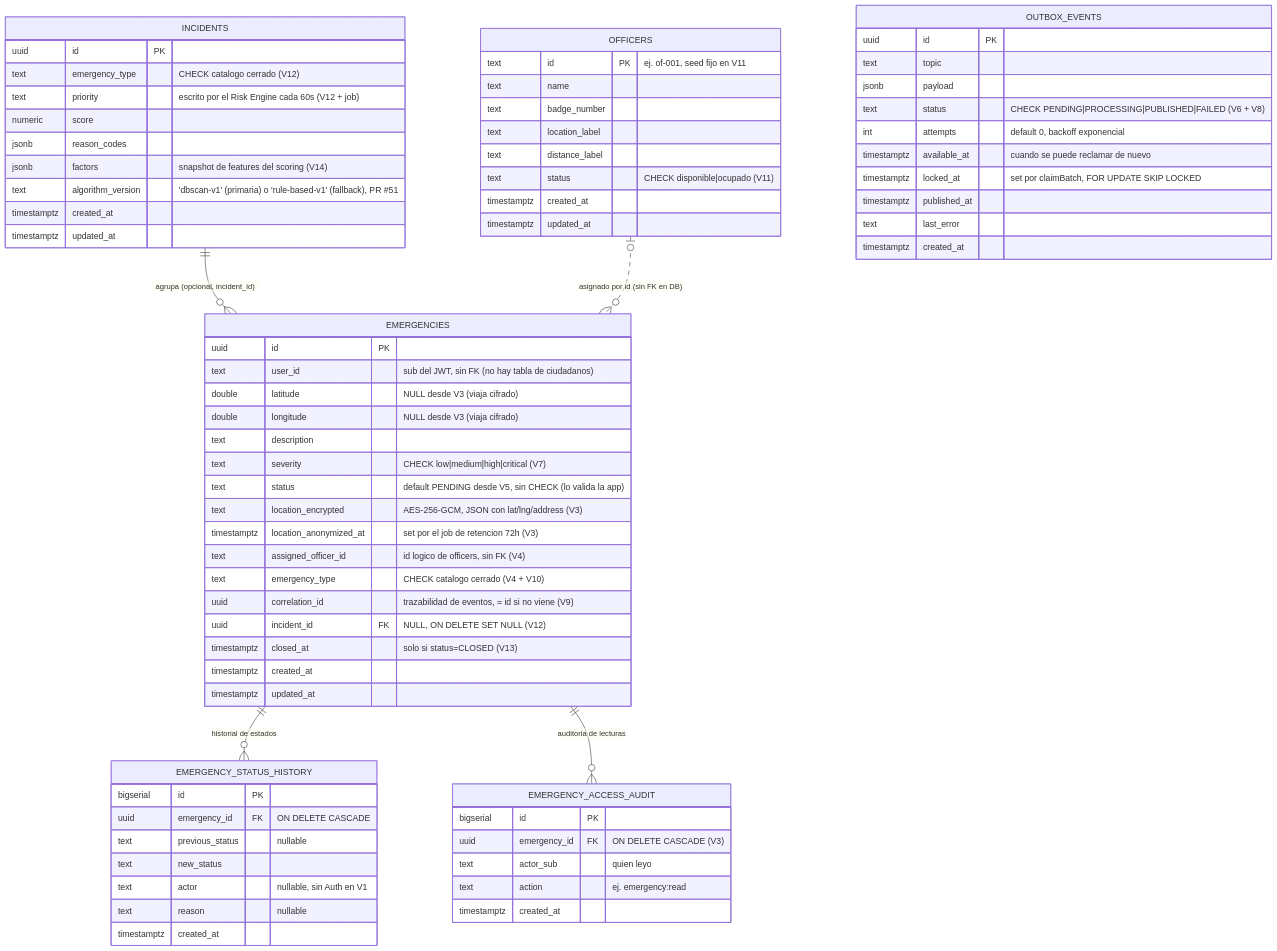
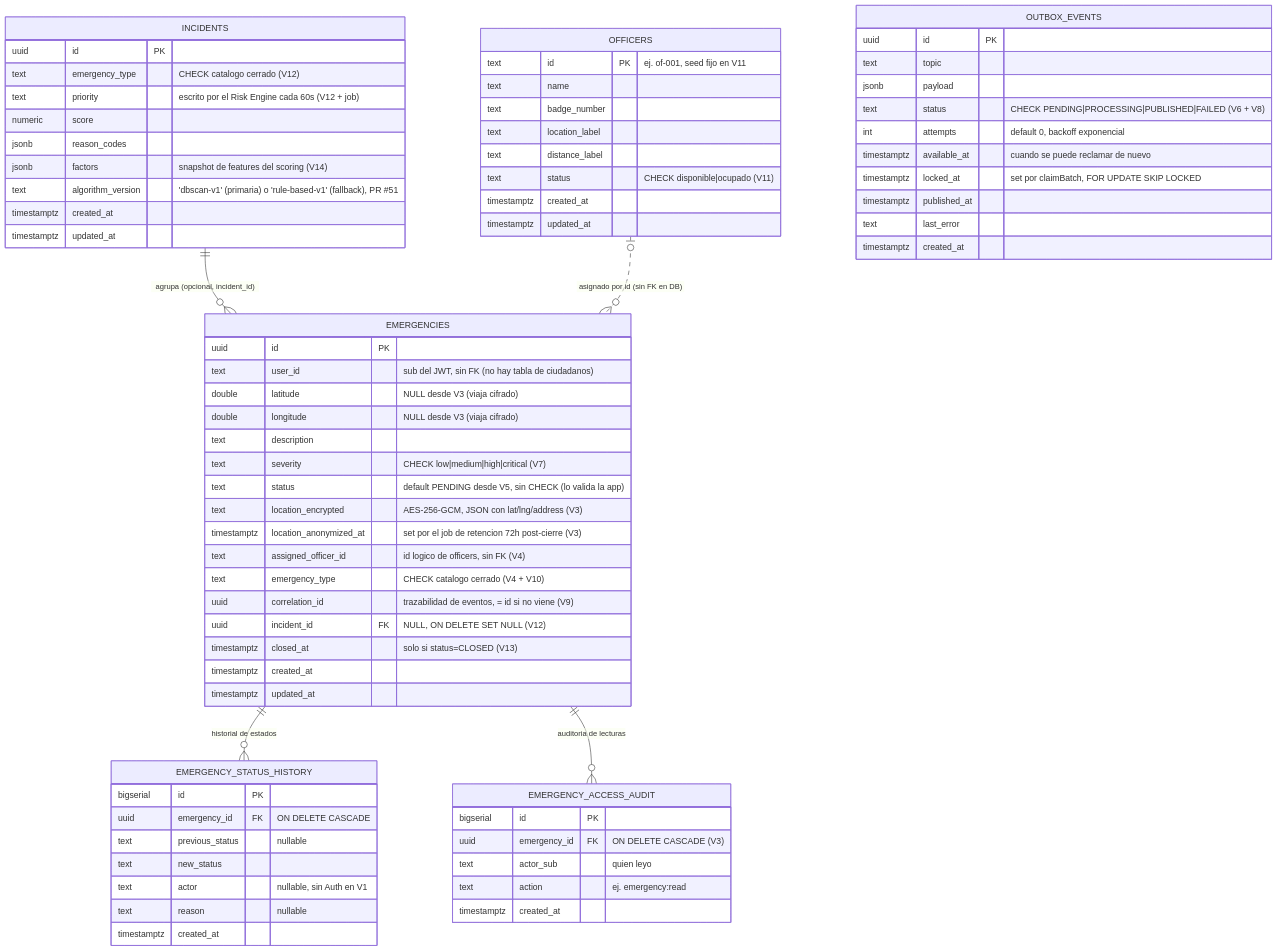
One commit to G6D2/emergencias-backend changed the diagram in docs/diagramas/02-modelo-entidad-relacion.md. Above: the diagram before and after it, drawn with Mermaid. The commit also changed other lines of this file and 16 other files, not shown here.

First line of the commit message:
feat: perfil ciudadano cifrado y retención post-cierre

````diff
--- a/docs/diagramas/02-modelo-entidad-relacion.md
+++ b/docs/diagramas/02-modelo-entidad-relacion.md
@@ -7,80 +7,80 @@
 ```mermaid
 erDiagram
     EMERGENCIES ||--o{ EMERGENCY_STATUS_HISTORY : "historial de estados"
     EMERGENCIES ||--o{ EMERGENCY_ACCESS_AUDIT : "auditoria de lecturas"
     INCIDENTS ||--o{ EMERGENCIES : "agrupa (opcional, incident_id)"
     OFFICERS |o..o{ EMERGENCIES : "asignado por id (sin FK en DB)"
 
     EMERGENCIES {
         uuid id PK
         text user_id "sub del JWT, sin FK (no hay tabla de ciudadanos)"
         double latitude "NULL desde V3 (viaja cifrado)"
         double longitude "NULL desde V3 (viaja cifrado)"
         text description
         text severity "CHECK low|medium|high|critical (V7)"
         text status "default PENDING desde V5, sin CHECK (lo valida la app)"
         text location_encrypted "AES-256-GCM, JSON con lat/lng/address (V3)"
-        timestamptz location_anonymized_at "set por el job de retencion 72h (V3)"
+        timestamptz location_anonymized_at "set por el job de retencion 72h post-cierre (V3)"
         text assigned_officer_id "id logico de officers, sin FK (V4)"
         text emergency_type "CHECK catalogo cerrado (V4 + V10)"
         uuid correlation_id "trazabilidad de eventos, = id si no viene (V9)"
         uuid incident_id FK "NULL, ON DELETE SET NULL (V12)"
         timestamptz closed_at "solo si status=CLOSED (V13)"
         timestamptz created_at
         timestamptz updated_at
     }
 
     EMERGENCY_STATUS_HISTORY {
         bigserial id PK
         uuid emergency_id FK "ON DELETE CASCADE"
         text previous_status "nullable"
         text new_status
         text actor "nullable, sin Auth en V1"
         text reason "nullable"
         timestamptz created_at
     }
 
     EMERGENCY_ACCESS_AUDIT {
         bigserial id PK
         uuid emergency_id FK "ON DELETE CASCADE (V3)"
         text actor_sub "quien leyo"
         text action "ej. emergency:read"
         timestamptz created_at
     }
 
     OUTBOX_EVENTS {
         uuid id PK
         text topic
         jsonb payload
         text status "CHECK PENDING|PROCESSING|PUBLISHED|FAILED (V6 + V8)"
         int attempts "default 0, backoff exponencial"
         timestamptz available_at "cuando se puede reclamar de nuevo"
         timestamptz locked_at "set por claimBatch, FOR UPDATE SKIP LOCKED"
         timestamptz published_at
         text last_error
         timestamptz created_at
     }
 
     OFFICERS {
         text id PK "ej. of-001, seed fijo en V11"
         text name
         text badge_number
         text location_label
         text distance_label
         text status "CHECK disponible|ocupado (V11)"
         timestamptz created_at
         timestamptz updated_at
     }
 
     INCIDENTS {
         uuid id PK
         text emergency_type "CHECK catalogo cerrado (V12)"
         text priority "escrito por el Risk Engine cada 60s (V12 + job)"
         numeric score
         jsonb reason_codes
         jsonb factors "snapshot de features del scoring (V14)"
         text algorithm_version "'dbscan-v1' (primaria) o 'rule-based-v1' (fallback), PR #51"
         timestamptz created_at
         timestamptz updated_at
     }
 ```
````
